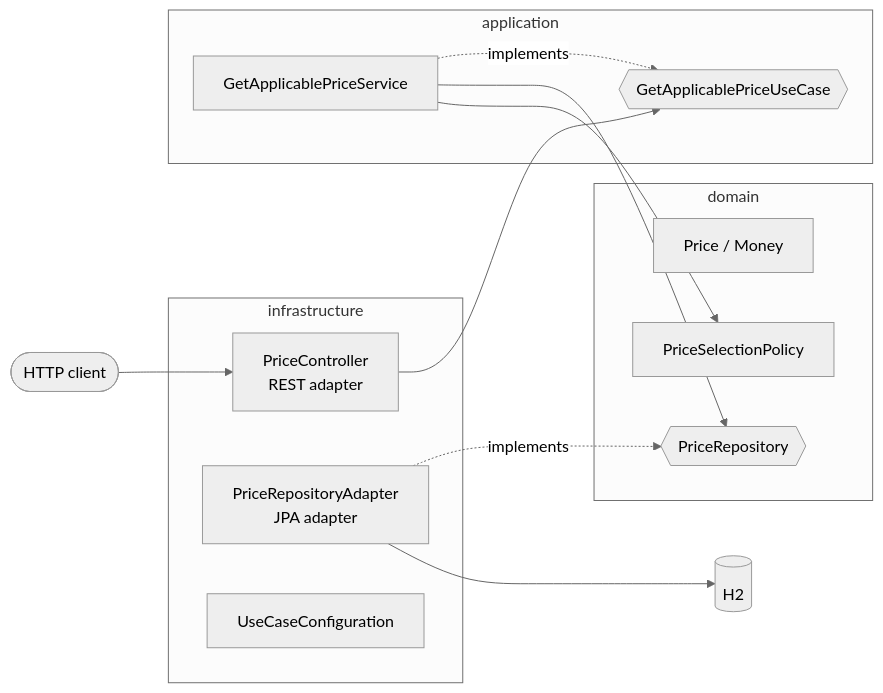
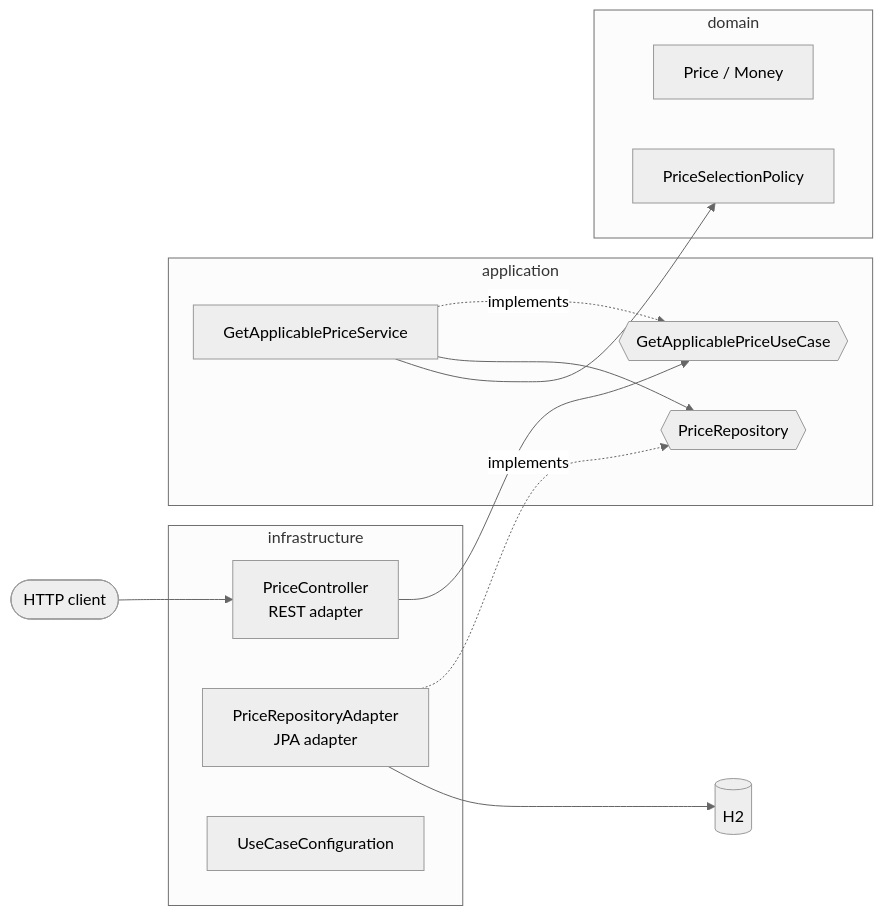
Before and after one commit to ironStark777/prices-api: the diagram in README.md, drawn with Mermaid (neutral theme). The commit also changed other lines of this file and 5 other files, not shown here.

First line of the commit message:
refactor(application): move price repository port to application layer

````diff
--- a/README.md
+++ b/README.md
@@ -85,28 +85,28 @@
 ```mermaid
 flowchart LR
     client([HTTP client]) --> rest
 
     subgraph infrastructure
         rest[PriceController<br/>REST adapter]
         jpa[PriceRepositoryAdapter<br/>JPA adapter]
         config[UseCaseConfiguration]
     end
 
     subgraph application
         inport{{GetApplicablePriceUseCase}}
         service[GetApplicablePriceService]
+        outport{{PriceRepository}}
     end
 
     subgraph domain
         model[Price / Money]
         policy[PriceSelectionPolicy]
-        outport{{PriceRepository}}
     end
 
     rest --> inport
     service -. implements .-> inport
     service --> outport
     service --> policy
     jpa -. implements .-> outport
     jpa --> h2[(H2)]
 ```
````
